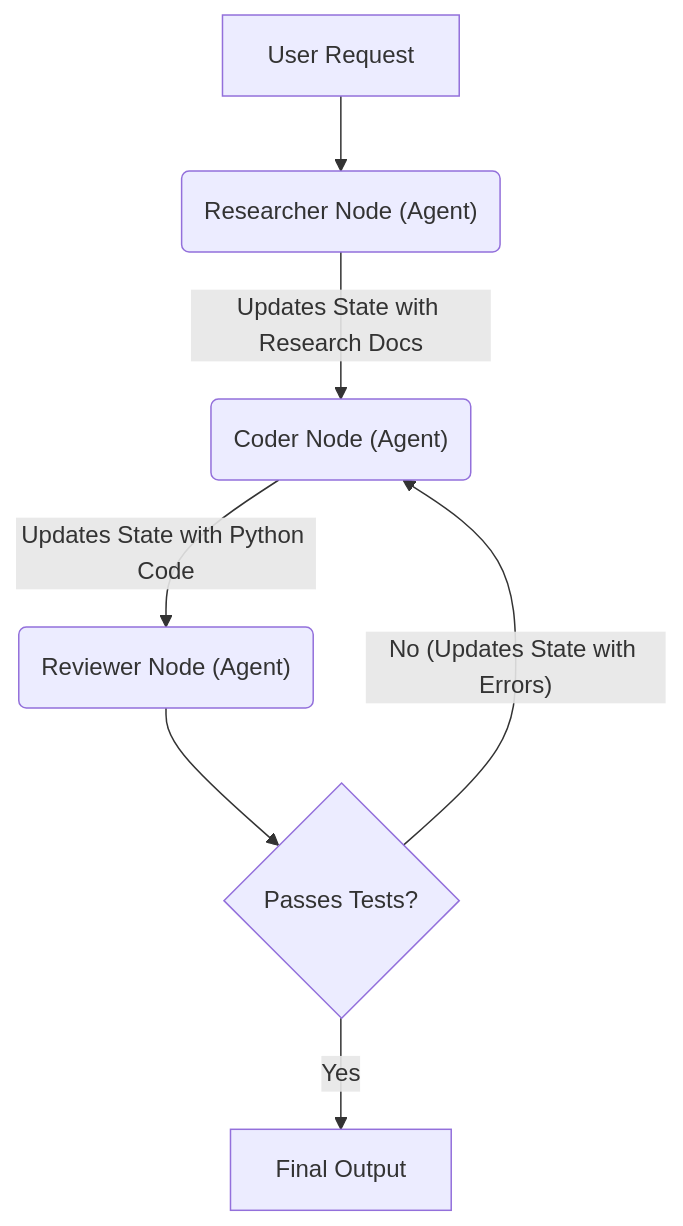
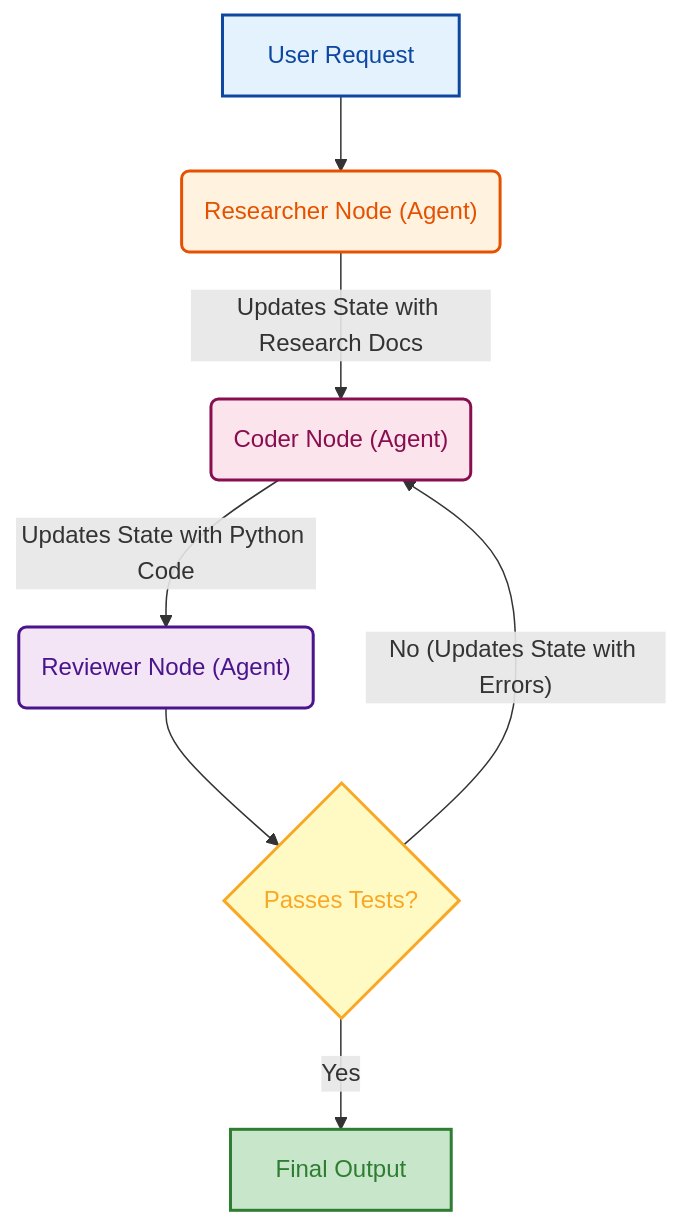
Before and after one commit to GyanendraChaubey/AI-Engineering-Notes: the second of 2 diagrams in docs/13-agents/README.md, drawn with Mermaid. The commit also changed other lines of this file and 15 other files, not shown here.

Commit message:
style: apply light color palette to remaining Mermaid diagrams (docs 15 & 16)

````diff
--- a/docs/13-agents/README.md
+++ b/docs/13-agents/README.md
@@ -134,13 +143,19 @@
 ```mermaid
 flowchart TD
     A["User Request"] --> B("Researcher Node (Agent)")
     
     B -->|"Updates State with Research Docs"| C("Coder Node (Agent)")
     
     C -->|"Updates State with Python Code"| D("Reviewer Node (Agent)")
     
     D --> E{"Passes Tests?"}
     
     E -->|"No (Updates State with Errors)"| C
     E -->|"Yes"| F["Final Output"]
+    style A fill:#e3f2fd,stroke:#0d47a1,stroke-width:2px,color:#0d47a1
+    style B fill:#fff3e0,stroke:#e65100,stroke-width:2px,color:#e65100
+    style C fill:#fce4ec,stroke:#880e4f,stroke-width:2px,color:#880e4f
+    style D fill:#f3e5f5,stroke:#4a148c,stroke-width:2px,color:#4a148c
+    style E fill:#fff9c4,stroke:#f9a825,stroke-width:2px,color:#f9a825
+    style F fill:#c8e6c9,stroke:#2e7d32,stroke-width:2px,color:#2e7d32
 ```
````
